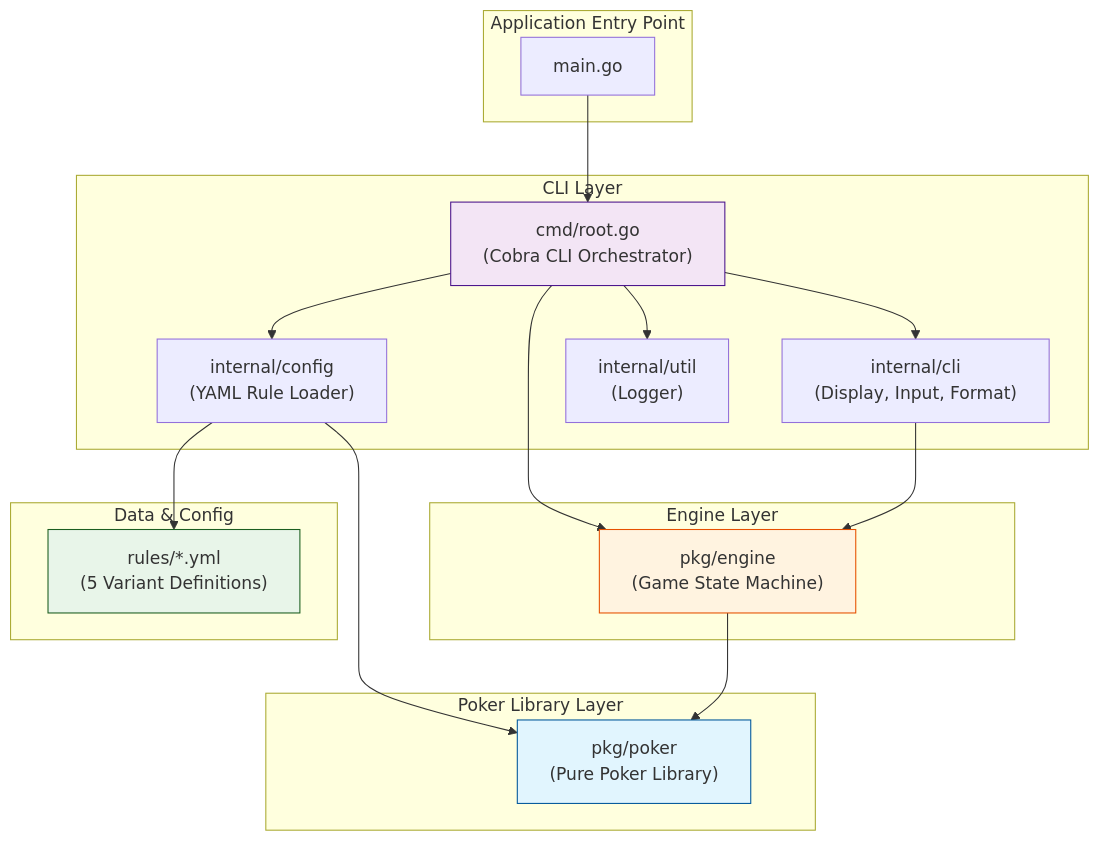
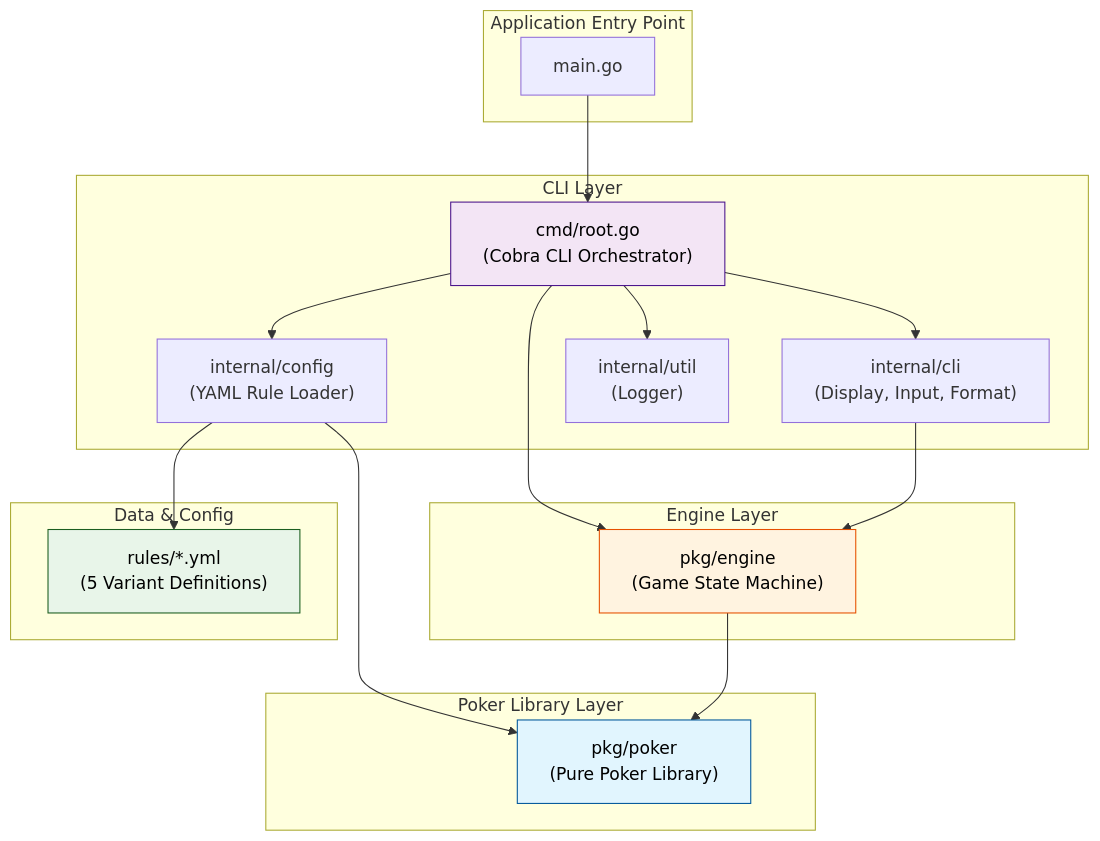
One commit to gotchamen/pls7-cli changed the first of 10 diagrams in docs/architecture_ko.md. Above: the diagram before and after it, drawn with Mermaid. The commit also changed other lines of this file and 2 other files, not shown here.

First line of the commit message:
style(docs): add black font color to mermaid diagram nodes

````diff
--- a/docs/architecture_ko.md
+++ b/docs/architecture_ko.md
@@ -58,40 +58,40 @@
 ```mermaid
 graph TD
     subgraph "Application Entry Point"
         main["main.go"]
     end
 
     subgraph "CLI Layer"
         cmd["cmd/root.go<br/>(Cobra CLI Orchestrator)"]
         internal_cli["internal/cli<br/>(Display, Input, Format)"]
         internal_config["internal/config<br/>(YAML Rule Loader)"]
         internal_util["internal/util<br/>(Logger)"]
     end
 
     subgraph "Engine Layer"
         pkg_engine["pkg/engine<br/>(Game State Machine)"]
     end
 
     subgraph "Poker Library Layer"
         pkg_poker["pkg/poker<br/>(Pure Poker Library)"]
     end
 
     subgraph "Data & Config"
         rules["rules/*.yml<br/>(5 Variant Definitions)"]
     end
 
     main --> cmd
     cmd --> internal_cli
     cmd --> internal_config
     cmd --> internal_util
     cmd --> pkg_engine
     internal_cli --> pkg_engine
     internal_config --> pkg_poker
     internal_config --> rules
     pkg_engine --> pkg_poker
 
-    style pkg_poker fill:#e1f5fe,stroke:#01579b
-    style pkg_engine fill:#fff3e0,stroke:#e65100
-    style cmd fill:#f3e5f5,stroke:#4a148c
-    style rules fill:#e8f5e9,stroke:#1b5e20
+    style pkg_poker fill:#e1f5fe,stroke:#01579b,color:#000000
+    style pkg_engine fill:#fff3e0,stroke:#e65100,color:#000000
+    style cmd fill:#f3e5f5,stroke:#4a148c,color:#000000
+    style rules fill:#e8f5e9,stroke:#1b5e20,color:#000000
 ```
````
